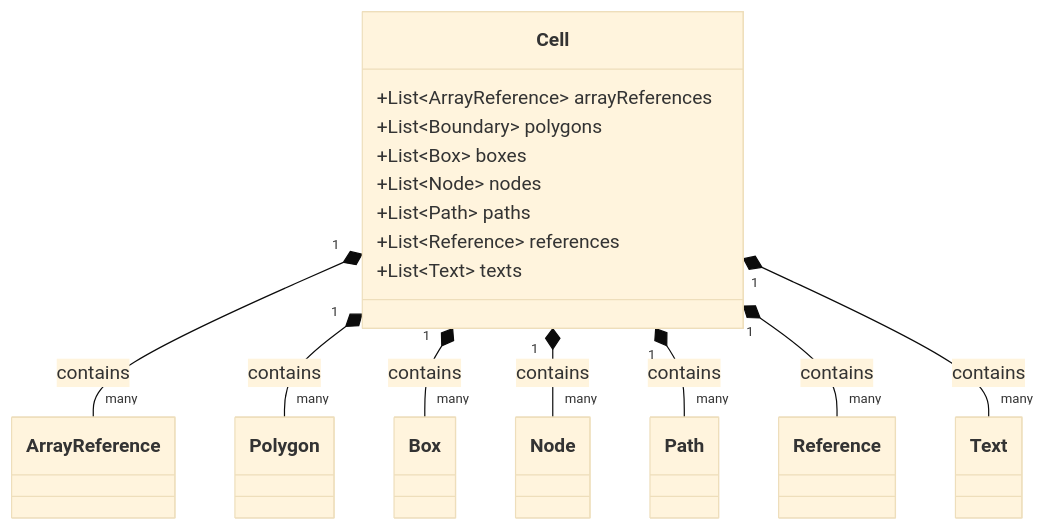
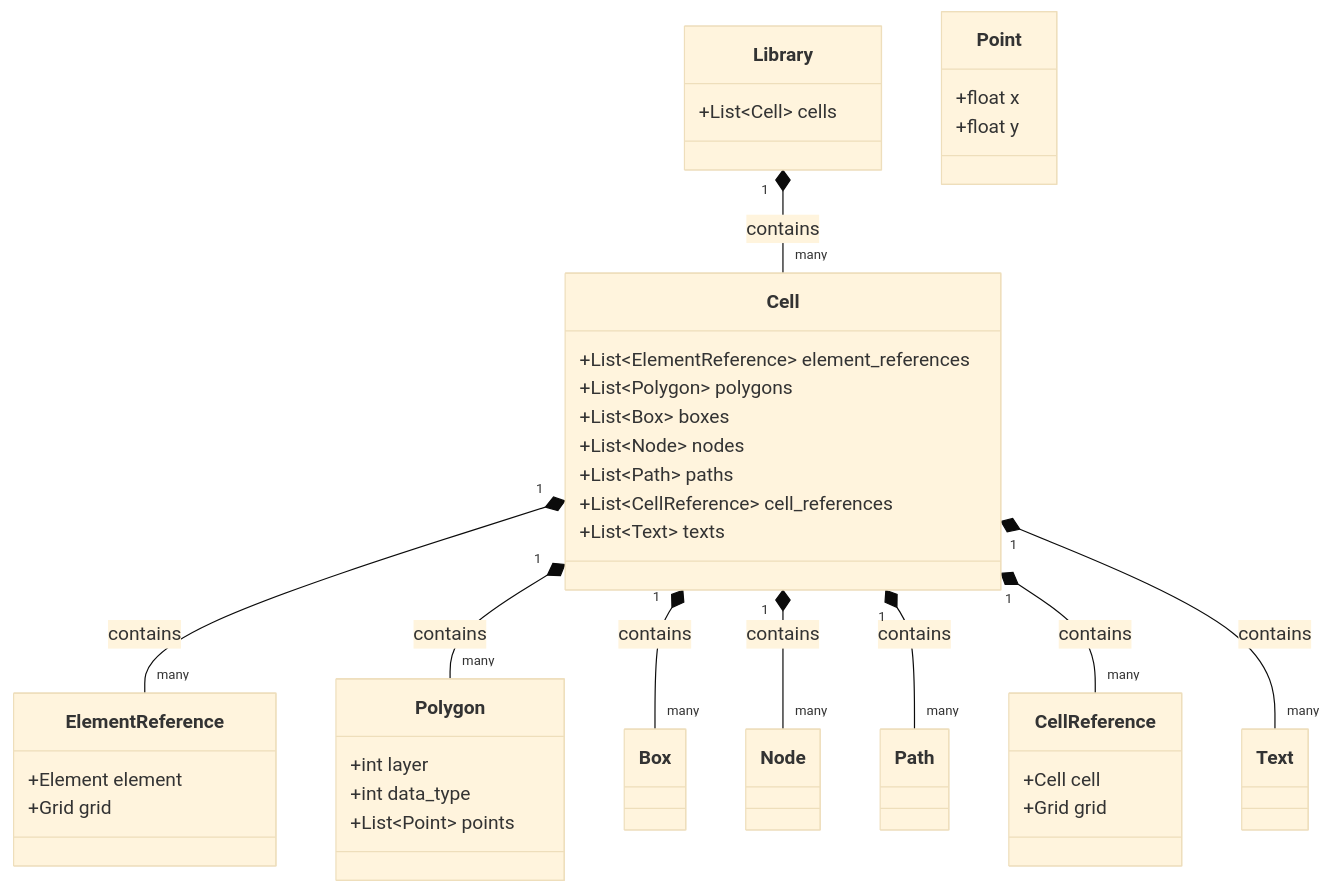
Before and after one commit to MatthewMckee4/gdsr: the diagram in docs/development/class_diagrams.md, drawn with Mermaid (base theme). The commit also changed other lines of this file and 29 other files, not shown here.

````diff
--- a/docs/development/class_diagrams.md
+++ b/docs/development/class_diagrams.md
@@ -5,28 +5,49 @@
 ```mermaid
 classDiagram
+    class Library {
+        +List~Cell~ cells
+    }
+
+    Library "1" *-- "many" Cell : contains
+
     class Cell {
-      +List~ArrayReference~ arrayReferences
-      +List~Boundary~ polygons
+      +List~ElementReference~ element_references
+      +List~Polygon~ polygons
       +List~Box~ boxes
       +List~Node~ nodes
       +List~Path~ paths
-      +List~Reference~ references
+      +List~CellReference~ cell_references
       +List~Text~ texts
     }
 
-    class ArrayReference
-    class Polygon
+    class ElementReference {
+        +Element element
+        +Grid grid
+    }
+    class Polygon {
+        +int layer
+        +int data_type
+        +List~Point~ points
+    }
     class Box
     class Node
     class Path
-    class Reference
+    class CellReference {
+        +Cell cell
+        +Grid grid
+    }
     class Text
 
-    Cell "1" *-- "many" ArrayReference : contains
+    class Point {
+        +float x
+        +float y
+    }
+
+    Cell "1" *-- "many" ElementReference : contains
     Cell "1" *-- "many" Polygon : contains
     Cell "1" *-- "many" Box : contains
     Cell "1" *-- "many" Node : contains
     Cell "1" *-- "many" Path : contains
-    Cell "1" *-- "many" Reference : contains
+    Cell "1" *-- "many" CellReference : contains
     Cell "1" *-- "many" Text : contains
 ```
````
